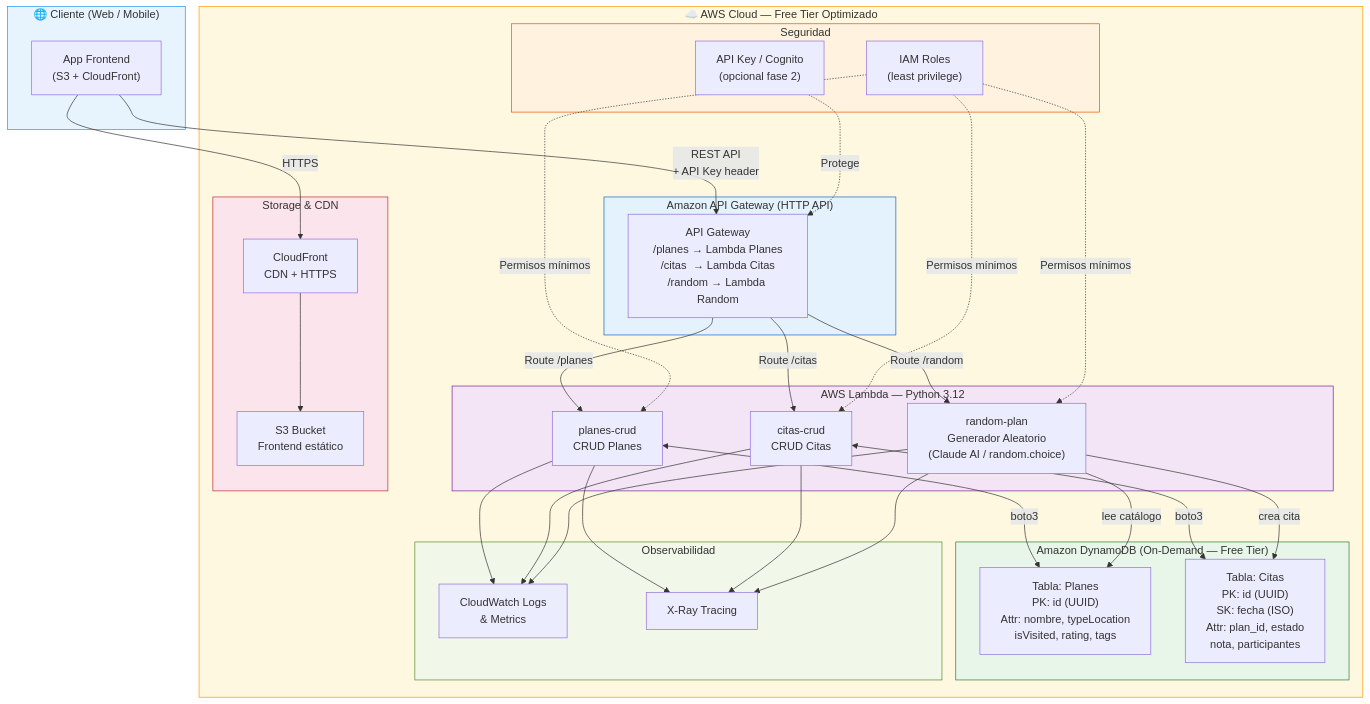
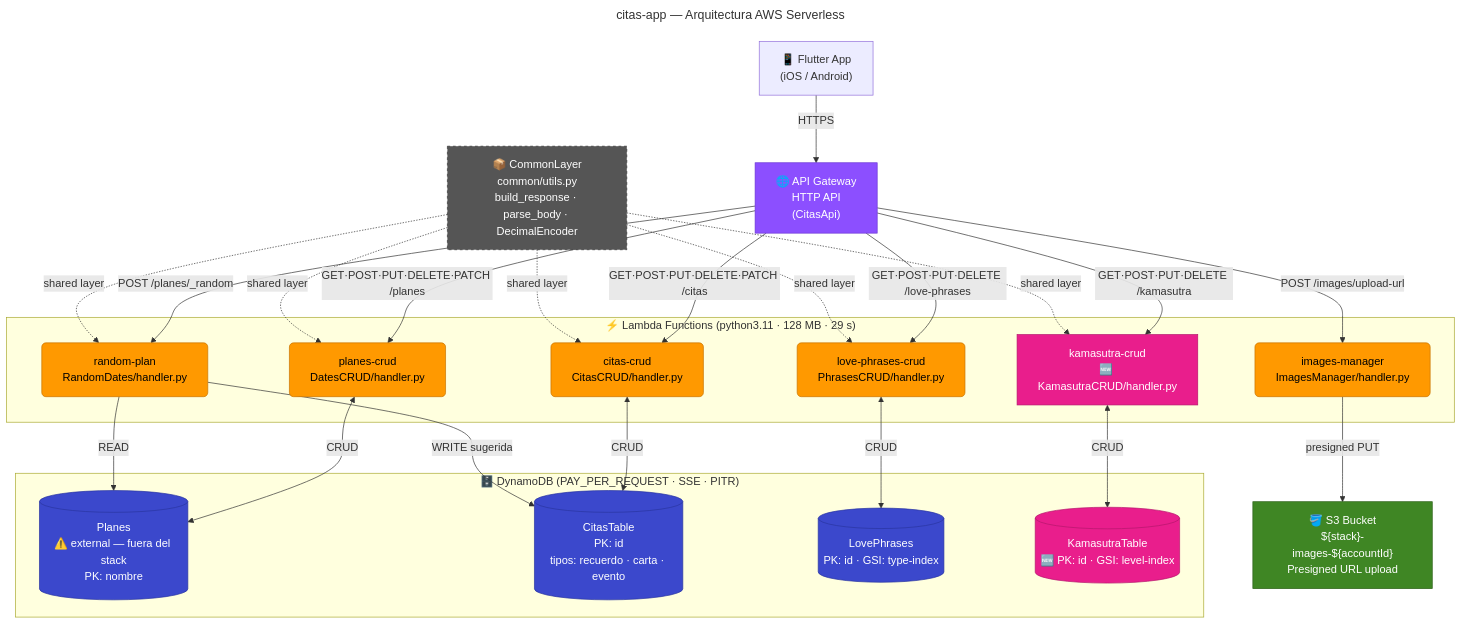
The diagram in arquitectura.mmd (AlanLo07/APIDates), drawn with Mermaid before and after one commit. The commit also changed 4 other files, not shown here.

First line of the commit message:
feat: Enhance citas-app with Kamasutra CRUD functionality

```diff
--- a/arquitectura.mmd
+++ b/arquitectura.mmd
@@ -1,61 +1,73 @@
-graph TB
-    subgraph Client["🌐 Cliente (Web / Mobile)"]
-        APP["App Frontend\n(S3 + CloudFront)"]
+---
+title: citas-app — Arquitectura AWS Serverless
+---
+flowchart TD
+    %% ── Cliente ──────────────────────────────────────────────────────────────
+    APP["📱 Flutter App\n(iOS / Android)"]
+
+    %% ── API Gateway ──────────────────────────────────────────────────────────
+    APIGW["🌐 API Gateway\nHTTP API\n(CitasApi)"]
+
+    %% ── Lambda Functions ─────────────────────────────────────────────────────
+    subgraph LAMBDAS["⚡ Lambda Functions  (python3.11 · 128 MB · 29 s)"]
+        L1["planes-crud\nDatesCRUD/handler.py"]
+        L2["citas-crud\nCitasCRUD/handler.py"]
+        L3["random-plan\nRandomDates/handler.py"]
+        L4["love-phrases-crud\nPhrasesCRUD/handler.py"]
+        L5["images-manager\nImagesManager/handler.py"]
+        L6["kamasutra-crud\n🆕 KamasutraCRUD/handler.py"]
     end
 
-    subgraph AWS["☁️ AWS Cloud — Free Tier Optimizado"]
+    %% ── Layer compartida ─────────────────────────────────────────────────────
+    LAYER["📦 CommonLayer\ncommon/utils.py\nbuild_response · parse_body · DecimalEncoder"]
 
-        subgraph Gateway["Amazon API Gateway (HTTP API)"]
-            GW["API Gateway\n/planes → Lambda Planes\n/citas  → Lambda Citas\n/random → Lambda Random"]
-        end
-
-        subgraph Lambdas["AWS Lambda — Python 3.12"]
-            L1["planes-crud\nCRUD Planes"]
-            L2["citas-crud\nCRUD Citas"]
-            L3["random-plan\nGenerador Aleatorio\n(Claude AI / random.choice)"]
-        end
-
-        subgraph DynamoDB["Amazon DynamoDB (On-Demand — Free Tier)"]
-            T1["Tabla: Planes\nPK: id (UUID)\nAttr: nombre, typeLocation\nisVisited, rating, tags"]
-            T2["Tabla: Citas\nPK: id (UUID)\nSK: fecha (ISO)\nAttr: plan_id, estado\nnota, participantes"]
-        end
-
-        subgraph Storage["Storage & CDN"]
-            S3["S3 Bucket\nFrontend estático"]
-            CF["CloudFront\nCDN + HTTPS"]
-        end
-
-        subgraph Observability["Observabilidad"]
-            CW["CloudWatch Logs\n& Metrics"]
-            XRAY["X-Ray Tracing"]
-        end
-
-        subgraph Security["Seguridad"]
-            AUTH["API Key / Cognito\n(opcional fase 2)"]
-            IAM2["IAM Roles\n(least privilege)"]
-        end
+    %% ── DynamoDB Tables ──────────────────────────────────────────────────────
+    subgraph DYNAMO["🗄️ DynamoDB  (PAY_PER_REQUEST · SSE · PITR)"]
+        DB1[("Planes\n⚠️ external — fuera del stack\nPK: nombre")]
+        DB2[("CitasTable\nPK: id\ntipos: recuerdo · carta · evento")]
+        DB3[("LovePhrases\nPK: id · GSI: type-index")]
+        DB4[("KamasutraTable\n🆕 PK: id · GSI: level-index")]
     end
 
-    APP -->|"HTTPS"| CF
-    CF --> S3
-    APP -->|"REST API\n+ API Key header"| GW
-    GW -->|"Route /planes"| L1
-    GW -->|"Route /citas"| L2
-    GW -->|"Route /random"| L3
-    L1 <-->|"boto3"| T1
-    L2 <-->|"boto3"| T2
-    L3 -->|"lee catálogo"| T1
-    L3 -->|"crea cita"| T2
-    L1 & L2 & L3 --> CW
-    L1 & L2 & L3 --> XRAY
-    AUTH -.->|"Protege"| GW
-    IAM2 -.->|"Permisos mínimos"| L1 & L2 & L3
+    %% ── S3 ───────────────────────────────────────────────────────────────────
+    S3["🪣 S3 Bucket\n${stack}-images-${accountId}\nPresigned URL upload"]
 
-    style Client fill:#e8f4fd,stroke:#2196F3
-    style AWS fill:#fff8e1,stroke:#FF9800
-    style Gateway fill:#e3f2fd,stroke:#1565C0
-    style Lambdas fill:#f3e5f5,stroke:#7B1FA2
-    style DynamoDB fill:#e8f5e9,stroke:#2E7D32
-    style Storage fill:#fce4ec,stroke:#C62828
-    style Observability fill:#f1f8e9,stroke:#558B2F
-    style Security fill:#fff3e0,stroke:#E65100
+    %% ── Flujos principales ───────────────────────────────────────────────────
+    APP -->|"HTTPS"| APIGW
+
+    APIGW -->|"GET·POST·PUT·DELETE·PATCH /planes"| L1
+    APIGW -->|"GET·POST·PUT·DELETE·PATCH /citas"| L2
+    APIGW -->|"POST /planes/_random"| L3
+    APIGW -->|"GET·POST·PUT·DELETE /love-phrases"| L4
+    APIGW -->|"POST /images/upload-url"| L5
+    APIGW -->|"GET·POST·PUT·DELETE /kamasutra"| L6
+
+    LAYER -.->|"shared layer"| L1
+    LAYER -.->|"shared layer"| L2
+    LAYER -.->|"shared layer"| L3
+    LAYER -.->|"shared layer"| L4
+    LAYER -.->|"shared layer"| L6
+
+    L1 <-->|"CRUD"| DB1
+    L2 <-->|"CRUD"| DB2
+    L3 -->|"READ"| DB1
+    L3 -->|"WRITE sugerida"| DB2
+    L4 <-->|"CRUD"| DB3
+    L5 -->|"presigned PUT"| S3
+    L6 <-->|"CRUD"| DB4
+
+    %% ── Estilos ──────────────────────────────────────────────────────────────
+    classDef lambda  fill:#FF9900,stroke:#c87300,color:#000,rx:6
+    classDef dynamo  fill:#3B48CC,stroke:#2a35a0,color:#fff
+    classDef s3      fill:#3F8624,stroke:#2d6119,color:#fff
+    classDef api     fill:#8C4FFF,stroke:#6a35d4,color:#fff
+    classDef layer   fill:#555,stroke:#333,color:#fff,stroke-dasharray:4
+    classDef new     fill:#e91e8c,stroke:#b5166c,color:#fff
+
+    class L1,L2,L3,L4,L5 lambda
+    class L6 new
+    class DB1,DB2,DB3 dynamo
+    class DB4 new
+    class S3 s3
+    class APIGW api
+    class LAYER layer
```
